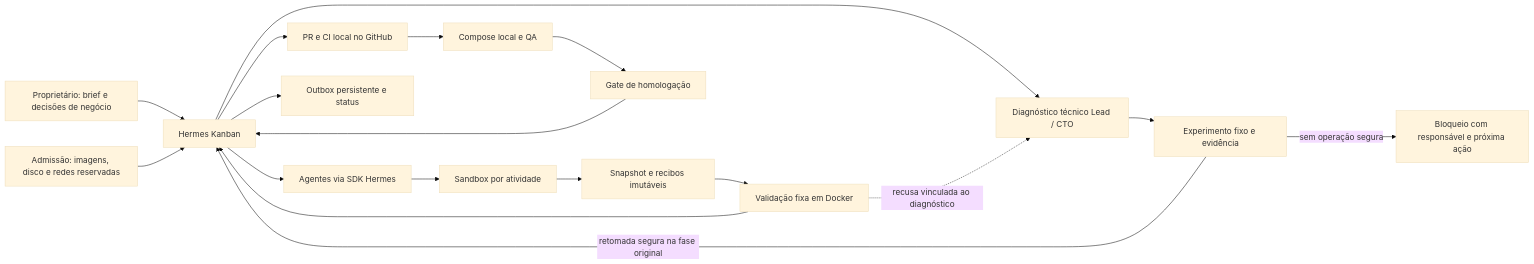
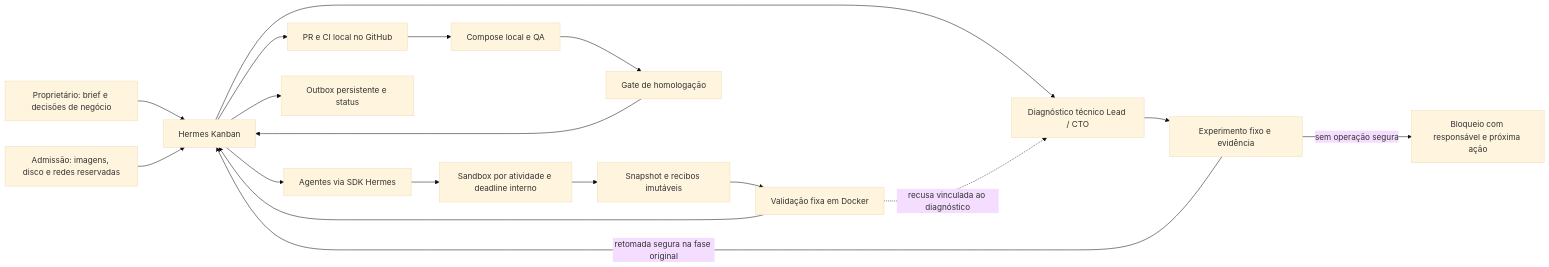
One commit to codifydeep/fabriquinha changed the first of 2 diagrams in README.md. Above: the diagram before and after it, drawn with Mermaid (base theme). The commit also changed other lines of this file and 12 other files, not shown here.

````diff
--- a/README.md
+++ b/README.md
@@ -28,20 +28,20 @@
 ```mermaid
 flowchart LR
     CEO[Proprietário: brief e decisões de negócio] --> K[Hermes Kanban]
     A[Admissão: imagens, disco e redes reservadas] --> K
     K --> W[Agentes via SDK Hermes]
-    W --> S[Sandbox por atividade]
+    W --> S[Sandbox por atividade e deadline interno]
     S --> E[Snapshot e recibos imutáveis]
     E --> V[Validação fixa em Docker]
     V --> K
     K --> G[PR e CI local no GitHub]
     G --> D[Compose local e QA]
     D --> H[Gate de homologação]
     H --> K
     K --> O[Outbox persistente e status]
     K --> R[Diagnóstico técnico Lead / CTO]
     V -.->|recusa vinculada ao diagnóstico| R
     R --> X[Experimento fixo e evidência]
     X -->|retomada segura na fase original| K
     X -->|sem operação segura| B[Bloqueio com responsável e próxima ação]
 ```
````
